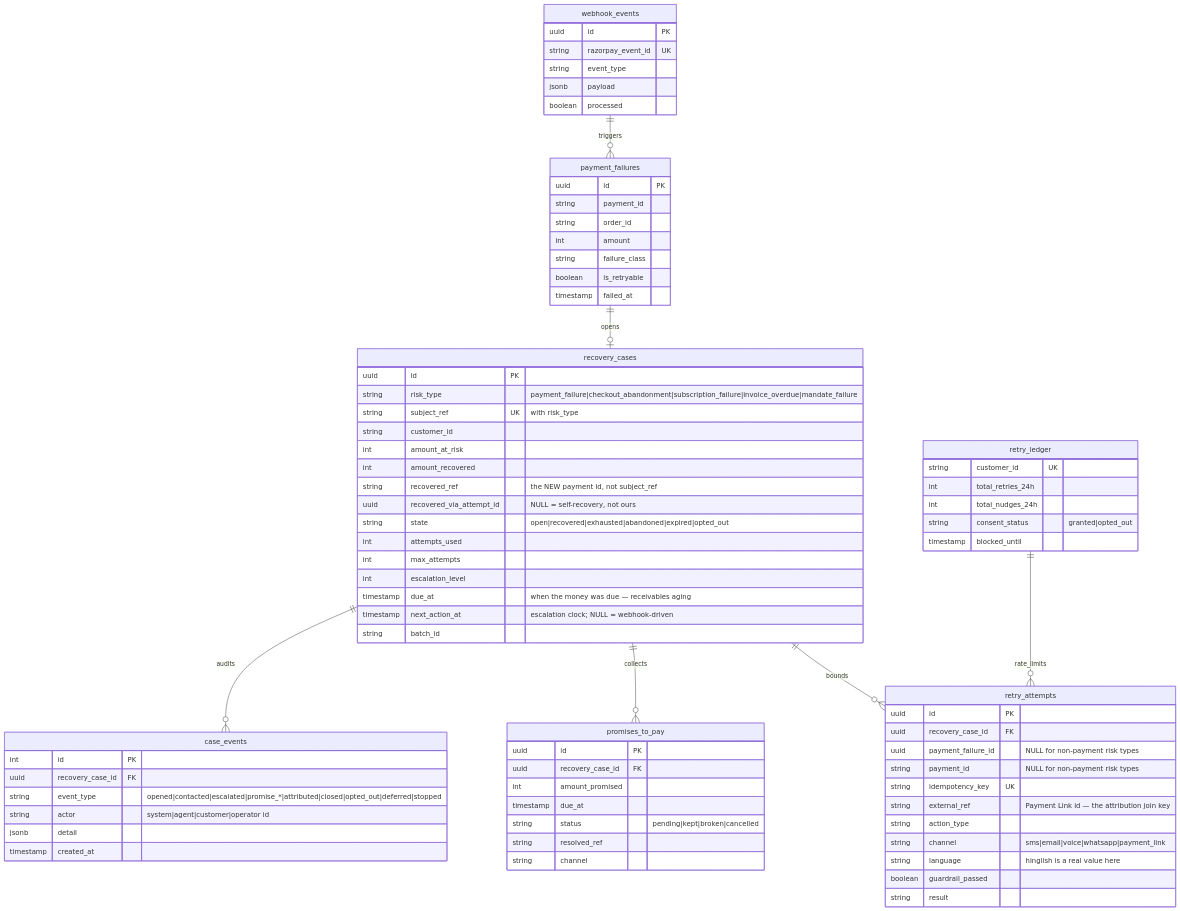
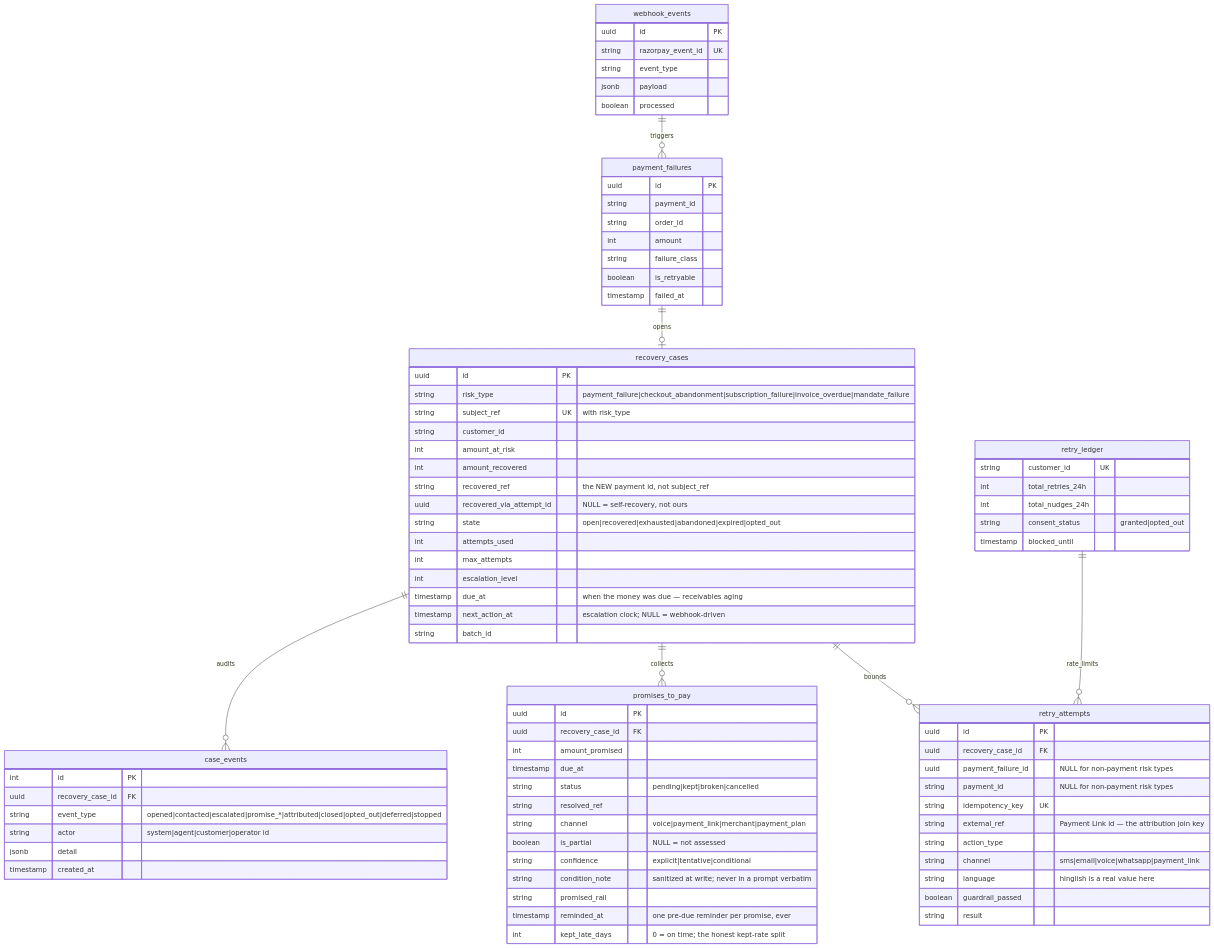
One commit to jitheender-ops/payment-recovery-engine changed the second of 2 diagrams in docs/architecture.md. Above: the diagram before and after it, drawn with Mermaid. The commit also changed other lines of this file and 91 other files, not shown here.

```diff
--- a/docs/architecture.md
+++ b/docs/architecture.md
@@ -81,7 +81,13 @@
         timestamp due_at
         string status "pending|kept|broken|cancelled"
         string resolved_ref
-        string channel
+        string channel "voice|payment_link|merchant|payment_plan"
+        boolean is_partial "NULL = not assessed"
+        string confidence "explicit|tentative|conditional"
+        string condition_note "sanitized at write; never in a prompt verbatim"
+        string promised_rail
+        timestamp reminded_at "one pre-due reminder per promise, ever"
+        int kept_late_days "0 = on time; the honest kept-rate split"
     }
     case_events {
         int id PK
```
